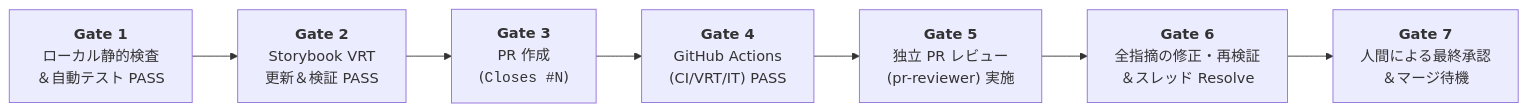
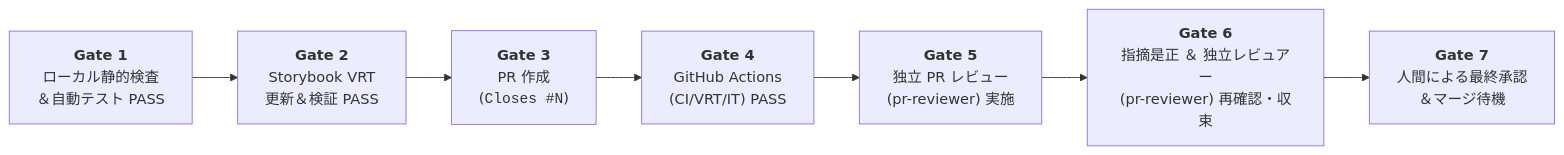
Before and after one commit to high-soar/Yommy: the third of 3 diagrams in reference/ai-dev-playbook-package/playbook/02-ai-orchestration-and-governance.md, drawn with Mermaid. The commit also changed other lines of this file and 5 other files, not shown here.

Commit message:
docs(guidelines): Gate 6の名称・完了条件を独立レビュアー（pr-reviewer）再確認必須に改定し自己完了判定を明示禁止

````diff
--- a/reference/ai-dev-playbook-package/playbook/02-ai-orchestration-and-governance.md
+++ b/reference/ai-dev-playbook-package/playbook/02-ai-orchestration-and-governance.md
@@ -107,9 +107,9 @@
 ```mermaid
 flowchart LR
     G1["<b>Gate 1</b><br>ローカル静的検査<br>＆自動テスト PASS"] --> G2["<b>Gate 2</b><br>Storybook VRT<br>更新＆検証 PASS"]
     G2 --> G3["<b>Gate 3</b><br>PR 作成<br>(<code>Closes #N</code>)"]
     G3 --> G4["<b>Gate 4</b><br>GitHub Actions<br>(CI/VRT/IT) PASS"]
     G4 --> G5["<b>Gate 5</b><br>独立 PR レビュー<br>(pr-reviewer) 実施"]
-    G5 --> G6["<b>Gate 6</b><br>全指摘の修正・再検証<br>＆スレッド Resolve"]
+    G5 --> G6["<b>Gate 6</b><br>指摘是正 ＆ 独立レビュアー<br>(pr-reviewer) 再確認・収束"]
     G6 --> G7["<b>Gate 7</b><br>人間による最終承認<br>＆マージ待機"]
 ```
````
